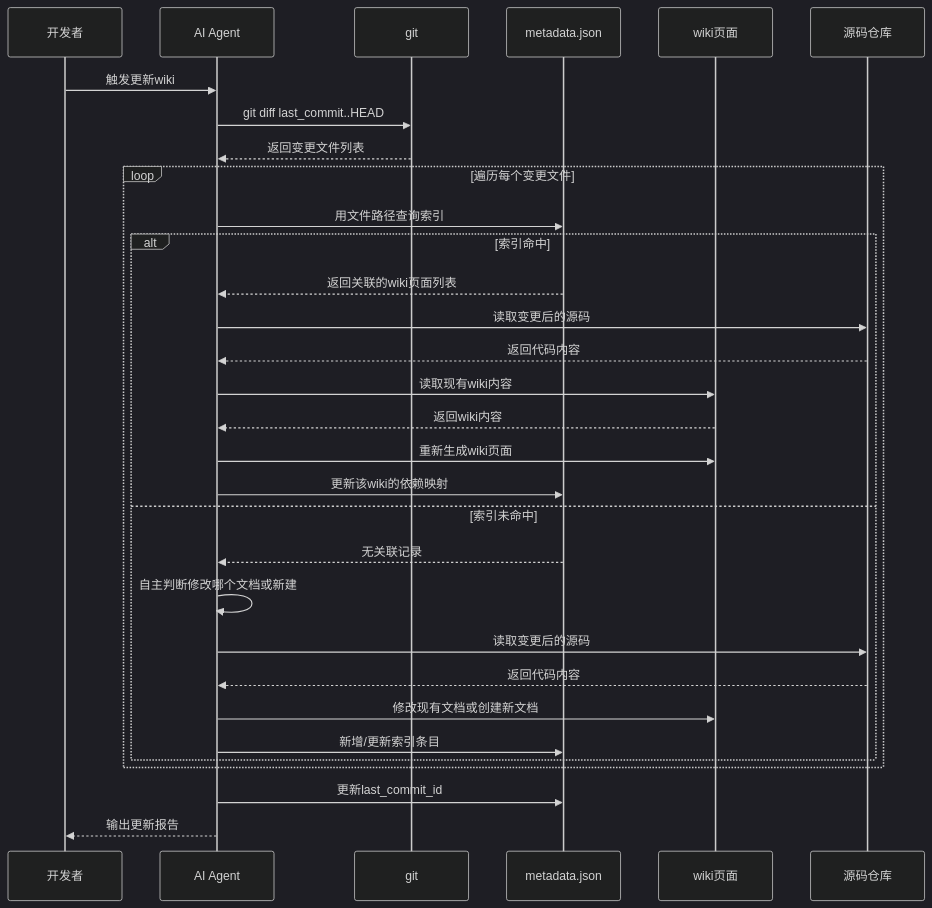
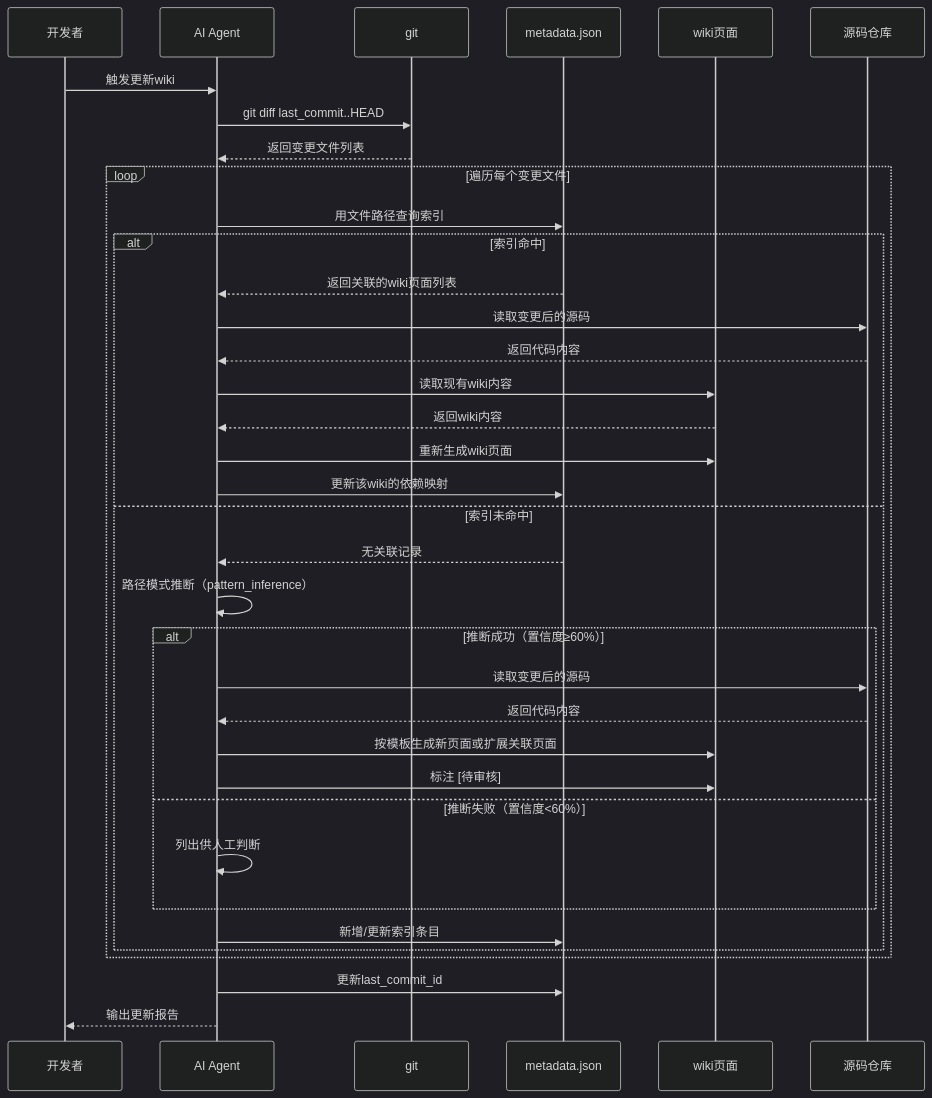
One commit to HACK-WU/bk-monitor-wiki changed the diagram in requirements/2026-06-09-wiki-incremental-update-skill.md. Above: the diagram before and after it, drawn with Mermaid (dark theme). The commit also changed other lines of this file and 1 other file, not shown here.

First line of the commit message:
docs(wiki): update related skills and requirements for pattern inference feature

````diff
--- a/requirements/2026-06-09-wiki-incremental-update-skill.md
+++ b/requirements/2026-06-09-wiki-incremental-update-skill.md
@@ -47,36 +49,41 @@
 ```mermaid
 sequenceDiagram
     participant User as 开发者
     participant AI as AI Agent
     participant Git as git
     participant Index as metadata.json
     participant Wiki as wiki页面
     participant Code as 源码仓库
 
     User->>AI: 触发更新wiki
     AI->>Git: git diff last_commit..HEAD
     Git-->>AI: 返回变更文件列表
 
     loop 遍历每个变更文件
         AI->>Index: 用文件路径查询索引
         alt 索引命中
             Index-->>AI: 返回关联的wiki页面列表
             AI->>Code: 读取变更后的源码
             Code-->>AI: 返回代码内容
             AI->>Wiki: 读取现有wiki内容
             Wiki-->>AI: 返回wiki内容
             AI->>Wiki: 重新生成wiki页面
             AI->>Index: 更新该wiki的依赖映射
         else 索引未命中
             Index-->>AI: 无关联记录
-            AI->>AI: 自主判断修改哪个文档或新建
-            AI->>Code: 读取变更后的源码
-            Code-->>AI: 返回代码内容
-            AI->>Wiki: 修改现有文档或创建新文档
+            AI->>AI: 路径模式推断（pattern_inference）
+            alt 推断成功（置信度≥60%）
+                AI->>Code: 读取变更后的源码
+                Code-->>AI: 返回代码内容
+                AI->>Wiki: 按模板生成新页面或扩展关联页面
+                AI->>Wiki: 标注 [待审核]
+            else 推断失败（置信度<60%）
+                AI->>AI: 列出供人工判断
+            end
             AI->>Index: 新增/更新索引条目
         end
     end
 
     AI->>Index: 更新last_commit_id
     AI-->>User: 输出更新报告
 ```
````
